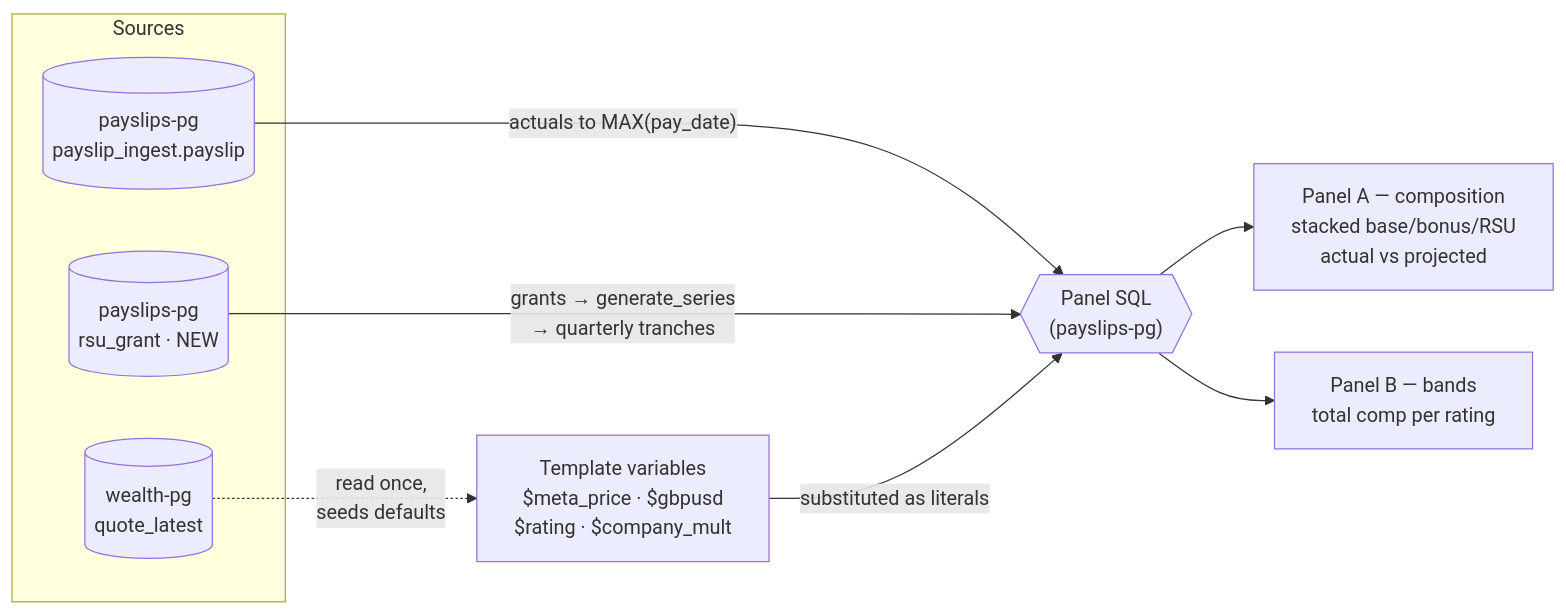
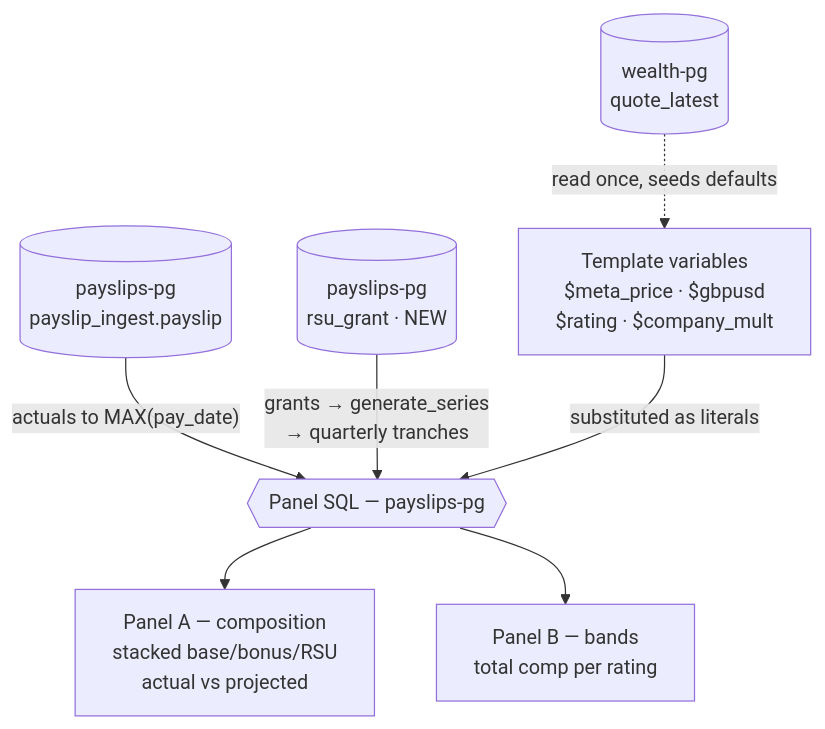
One commit to ViktorBarzin/infra changed the second of 2 diagrams in docs/plans/2026-08-11-wealth-income-projection-design.md. Above: the diagram before and after it, drawn with Mermaid. The commit also changed other lines of this file, not shown here.

Commit message:
docs: phone-friendly data-flow diagram + headline figures
Switch the data-flow mermaid from LR to TD so it reads in portrait, and
add stat tiles plus a note making the held-flat assumptions explicit up
front.

````diff
--- a/docs/plans/2026-08-11-wealth-income-projection-design.md
+++ b/docs/plans/2026-08-11-wealth-income-projection-design.md
@@ -142,19 +154,17 @@
 ```mermaid
-flowchart LR
-    subgraph src["Sources"]
-        PS[("payslips-pg<br/>payslip_ingest.payslip")]
-        RG[("payslips-pg<br/>rsu_grant · NEW")]
-        WQ[("wealth-pg<br/>quote_latest")]
-    end
+flowchart TD
+    WQ[("wealth-pg<br/>quote_latest")]
+    PS[("payslips-pg<br/>payslip_ingest.payslip")]
+    RG[("payslips-pg<br/>rsu_grant · NEW")]
 
-    WQ -.->|"read once,<br/>seeds defaults"| TV
+    WQ -.->|"read once, seeds defaults"| TV
     TV["Template variables<br/>$meta_price · $gbpusd<br/>$rating · $company_mult"]
 
     PS -->|"actuals to MAX(pay_date)"| Q
     RG -->|"grants → generate_series<br/>→ quarterly tranches"| Q
     TV -->|"substituted as literals"| Q
 
-    Q{{"Panel SQL<br/>(payslips-pg)"}}
+    Q{{"Panel SQL — payslips-pg"}}
     Q --> P1["Panel A — composition<br/>stacked base/bonus/RSU<br/>actual vs projected"]
     Q --> P2["Panel B — bands<br/>total comp per rating"]
 ```
````
